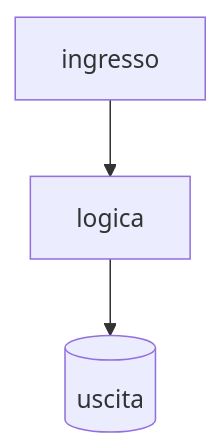
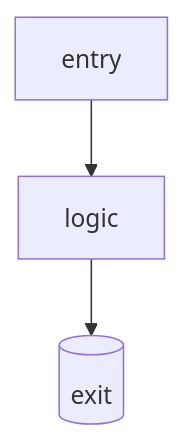
One commit to paoValle/llmgateway changed the diagram in README.md. Above: the diagram before and after it, drawn with Mermaid. The commit also changed other lines of this file and 44 other files, not shown here.

````diff
--- a/README.md
+++ b/README.md
@@ -30,5 +30,5 @@
 ```mermaid
 graph TD
-  A[ingresso] --> B[logica]
-  B --> C[(uscita)]
+  A[entry] --> B[logic]
+  B --> C[(exit)]
 ```
````
